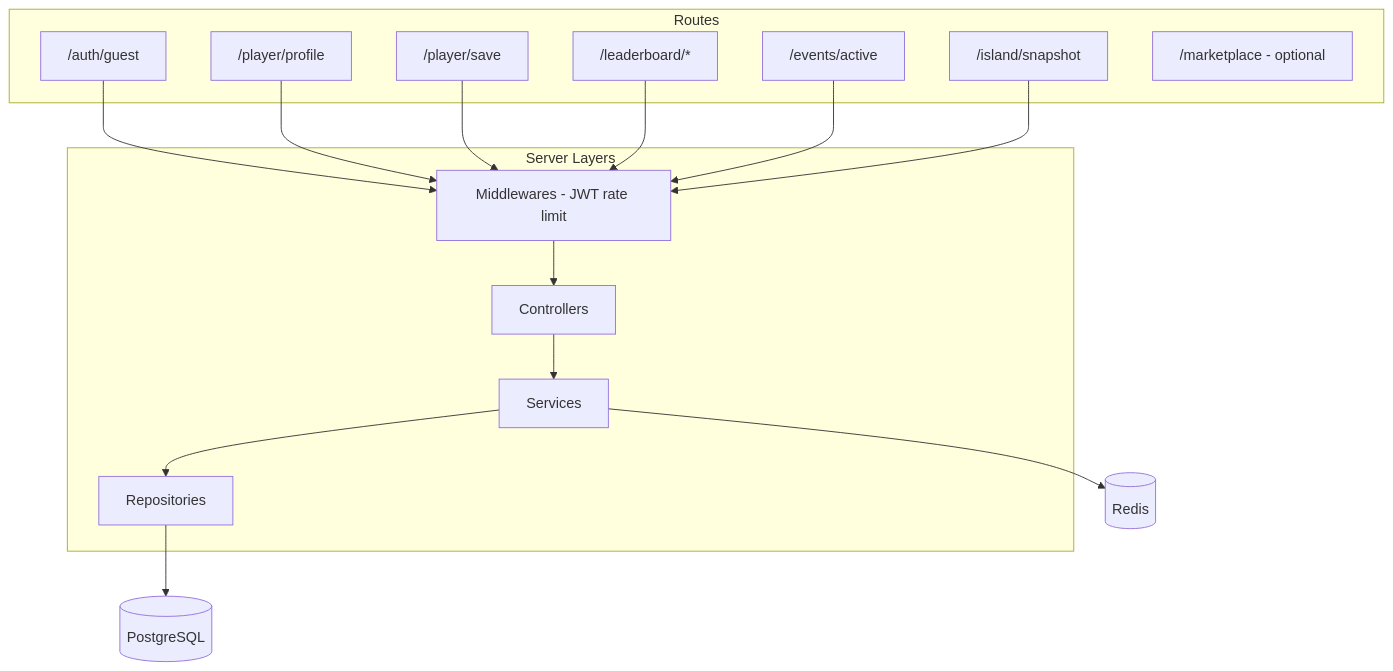
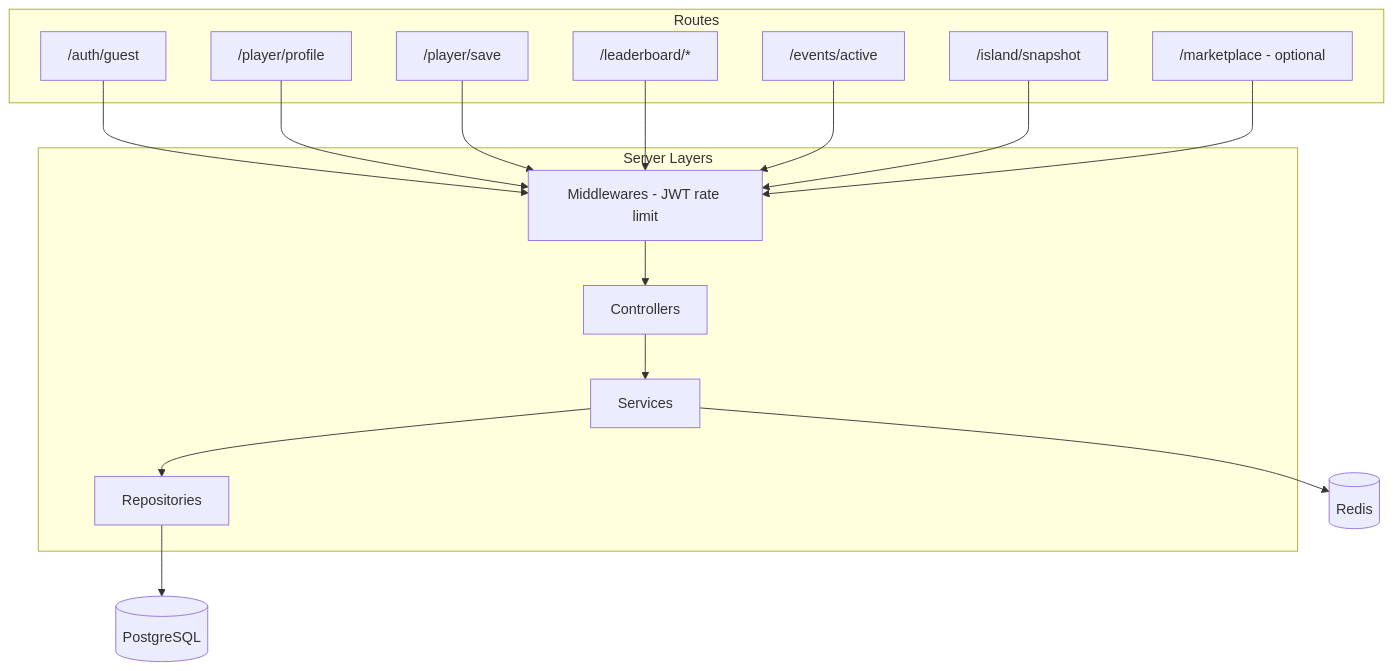
Before and after one commit to ducanhdev-lab/Farm-Simulator: diagram 11 of 15 in Assets/_Game/Documentation/FARM_LIFE_DESIGN.md, drawn with Mermaid. The commit also changed other lines of this file and 24 other files, not shown here.

````diff
--- a/Assets/_Game/Documentation/FARM_LIFE_DESIGN.md
+++ b/Assets/_Game/Documentation/FARM_LIFE_DESIGN.md
@@ -370,29 +373,29 @@
 ```mermaid
 flowchart TB
     subgraph routes [Routes]
         Auth["/auth/guest"]
         Profile["/player/profile"]
         Save["/player/save"]
         LB["/leaderboard/*"]
         Events["/events/active"]
         Snap["/island/snapshot"]
         Trade["/marketplace - optional"]
     end
 
     subgraph layers [Server Layers]
         MW[Middlewares - JWT rate limit]
         CTRL[Controllers]
         SVC[Services]
         REPO[Repositories]
     end
 
-  Auth --> MW
+    Auth --> MW
     Profile --> MW
     Save --> MW
     LB --> MW
     Events --> MW
     Snap --> MW
+    Trade --> MW
     MW --> CTRL --> SVC --> REPO --> PG[(PostgreSQL)]
-
     SVC --> Redis[(Redis)]
 ```
````
